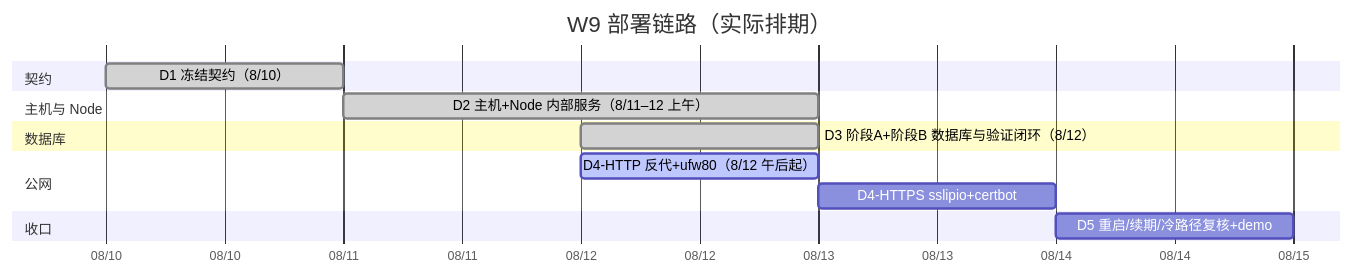
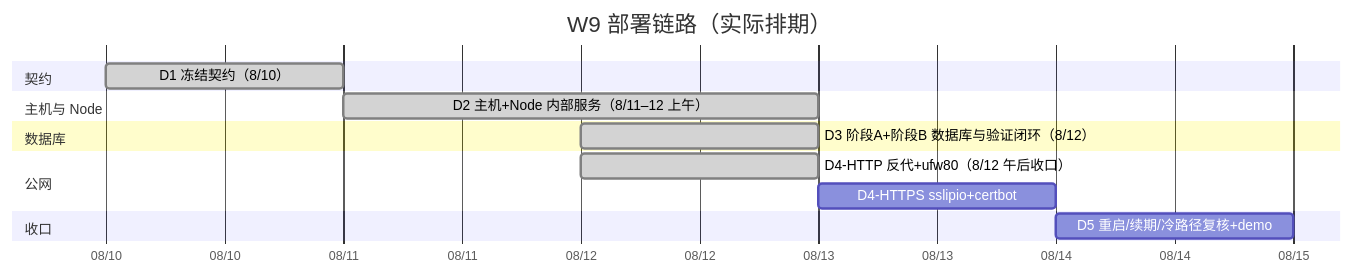
Before and after one commit to NiceFreak/nodejs-skillup: the second of 6 diagrams in week9-deployment/notes/week9-roadmap-d1-d4.md, drawn with Mermaid. The commit also changed other lines of this file and 3 other files, not shown here.

````diff
--- a/week9-deployment/notes/week9-roadmap-d1-d4.md
+++ b/week9-deployment/notes/week9-roadmap-d1-d4.md
@@ -43,18 +43,18 @@
 ```mermaid
 gantt
     title W9 部署链路（实际排期）
     dateFormat  YYYY-MM-DD
     axisFormat  %m/%d
 
     section 契约
     D1 冻结契约（8/10）          :done, d1, 2026-08-10, 1d
     section 主机与 Node
     D2 主机+Node 内部服务（8/11–12 上午） :done, d2, 2026-08-11, 2d
     section 数据库
     D3 阶段A+阶段B 数据库与验证闭环（8/12） :done, d3, 2026-08-12, 1d
     section 公网
-    D4-HTTP 反代+ufw80（8/12 午后起）    :active, d4h, 2026-08-12, 1d
+    D4-HTTP 反代+ufw80（8/12 午后收口） :done, d4h, 2026-08-12, 1d
     D4-HTTPS sslipio+certbot            :d4s, after d4h, 1d
     section 收口
     D5 重启/续期/冷路径复核+demo          :d5, after d4s, 1d
 ```
````
